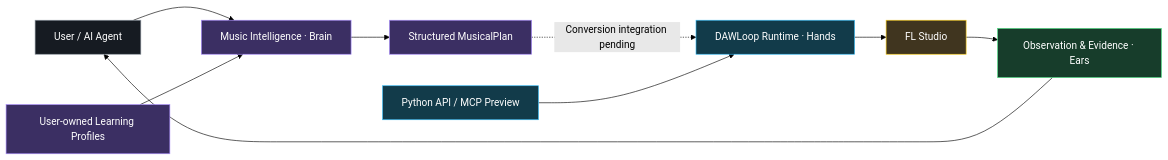
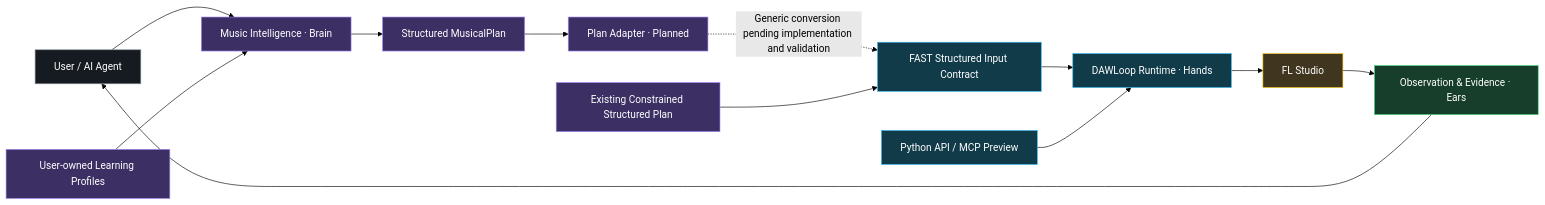
The diagram in README.en.md (ryurikoneko/DAWLoop), drawn with Mermaid (forest theme) before and after one commit. The commit also changed other lines of this file and 1 other file, not shown here.

Commit message:
docs: distinguish planned adapter from existing FAST input

````diff
--- a/README.en.md
+++ b/README.en.md
@@ -15,21 +15,24 @@
 ```mermaid
 flowchart LR
     A["User / AI Agent"] --> B["Music Intelligence · Brain"]
     G["User-owned Learning Profiles"] --> B
     B --> C["Structured MusicalPlan"]
-    C -. "Conversion integration pending" .-> D["DAWLoop Runtime · Hands"]
+    C --> P["Plan Adapter · Planned"]
+    P -. "Generic conversion pending implementation and validation" .-> I["FAST Structured Input Contract"]
+    S["Existing Constrained Structured Plan"] --> I
+    I --> D["DAWLoop Runtime · Hands"]
     H["Python API / MCP Preview"] --> D
     D --> E["FL Studio"]
     E --> F["Observation & Evidence · Ears"]
     F --> A
     classDef agent fill:#161b22,stroke:#8b949e,color:#fff;
     classDef music fill:#3b2f63,stroke:#a78bfa,color:#fff;
     classDef runtime fill:#123b4a,stroke:#38bdf8,color:#fff;
     classDef daw fill:#40351f,stroke:#facc15,color:#fff;
     classDef evidence fill:#173d2b,stroke:#4ade80,color:#fff;
     class A agent;
-    class B,C,G music;
-    class D,H runtime;
+    class B,C,G,P,S music;
+    class D,H,I runtime;
     class E daw;
     class F evidence;
 ```
````
